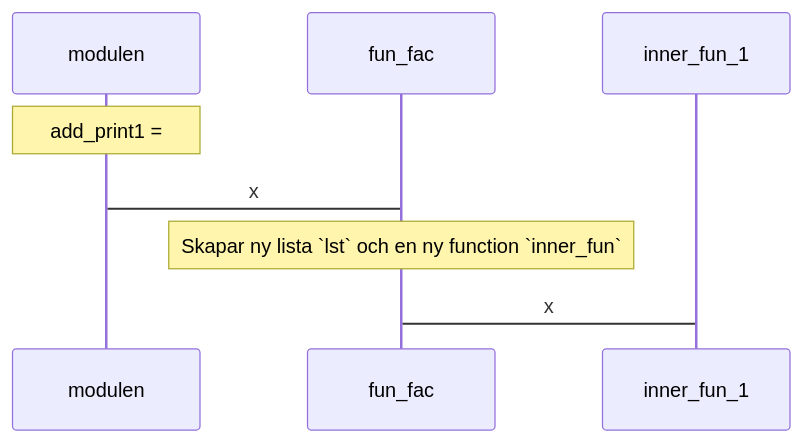
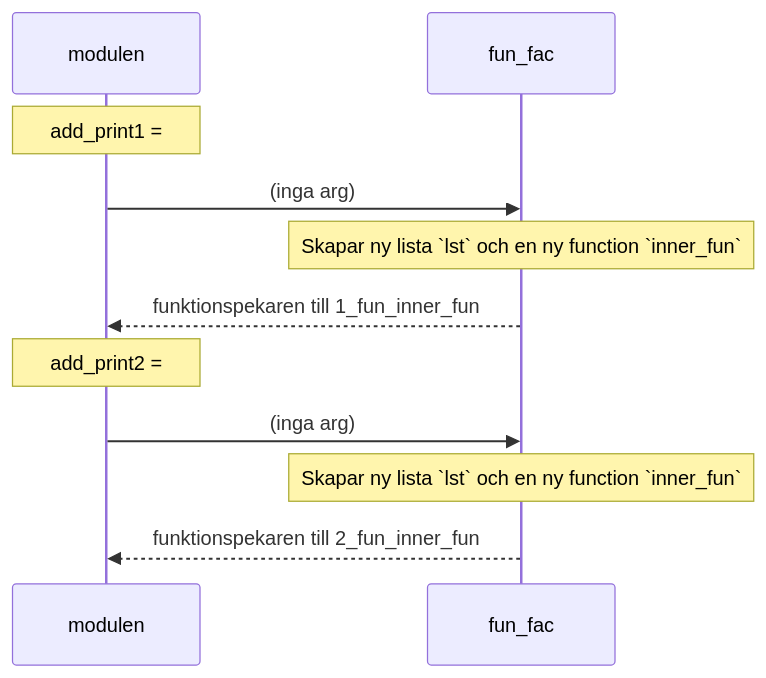
One commit to nackc8/py-live changed the fifth of 5 diagrams in ITINF24/lektion9/refs_scope.md. Above: the diagram before and after it, drawn with Mermaid.

Commit message:
autocommit complete 1022 (27)

````diff
--- a/ITINF24/lektion9/refs_scope.md
+++ b/ITINF24/lektion9/refs_scope.md
@@ -89,7 +89,12 @@
 ```mermaid
 sequenceDiagram
     Note over modulen: add_print1 =
-    modulen->fun_fac: x
+    modulen->>fun_fac: (inga arg)
     Note over fun_fac: Skapar ny lista `lst` och en ny function `inner_fun`
-    fun_fac->inner_fun_1: x
+    fun_fac-->>modulen: funktionspekaren till 1_fun_inner_fun
+
+    Note over modulen: add_print2 =
+    modulen->>fun_fac: (inga arg)
+    Note over fun_fac: Skapar ny lista `lst` och en ny function `inner_fun`
+    fun_fac-->>modulen: funktionspekaren till 2_fun_inner_fun
 ```
````
